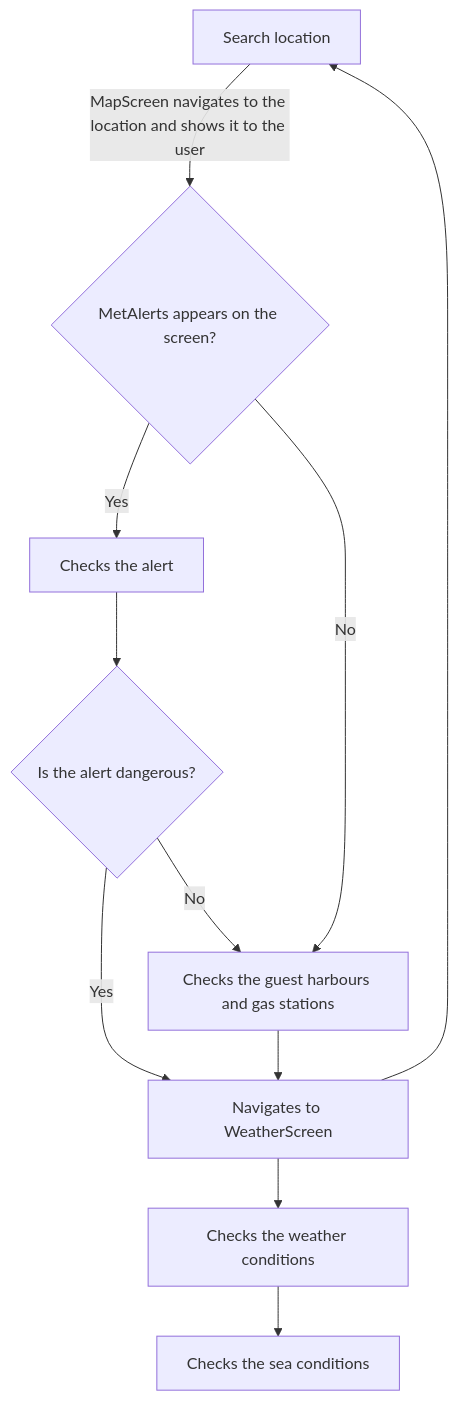
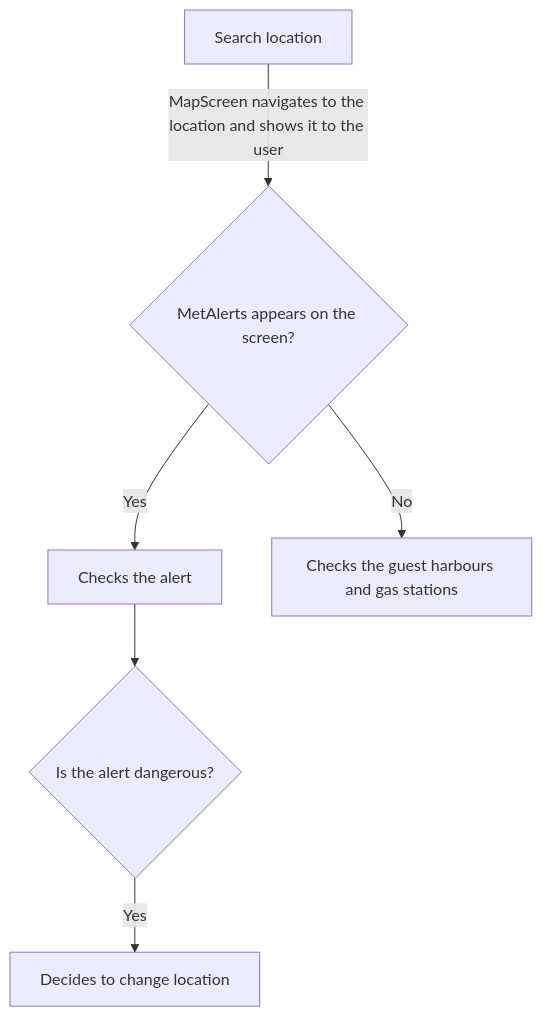
Before and after one commit to ronjainstanes/IN2000-student-project: the second of 2 diagrams in MODELING.md, drawn with Mermaid.

Commit message:
Activity diagram start test 14

````diff
--- a/MODELING.md
+++ b/MODELING.md
@@ -126,13 +126,8 @@
 ```mermaid
 flowchart 
 A[Search location] -->|MapScreen navigates to the location and shows it to the user| B{MetAlerts appears on the screen?}
 B -->|Yes| C[Checks the alert]
 B -->|No| D[Checks the guest harbours and gas stations]
 C--> E{Is the alert dangerous?}
 E-->|Yes| F[Decides to change location]
-F-->A
-E-->|No| D
-D-->F[Navigates to WeatherScreen]
-F--> G[Checks the weather conditions]
-G--> H[Checks the sea conditions]
 ```
````
